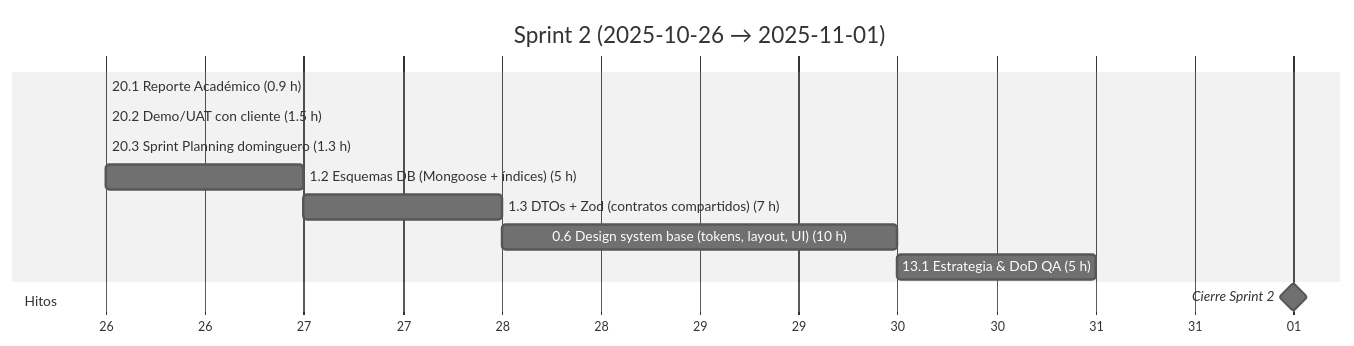
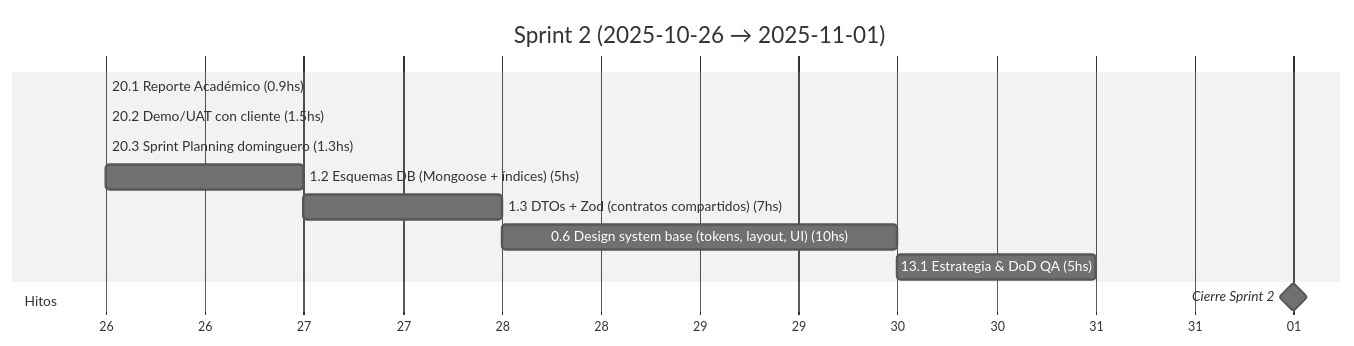
One commit to MarkMed/FleetMan changed the third of 17 diagrams in docs/SprintsGantts.md. Above: the diagram before and after it, drawn with Mermaid (neutral theme). The commit also changed other lines of this file, not shown here.

Commit message:
Update Gantt chart documentation to standardize time format from hours to hours (hs)

````diff
--- a/docs/SprintsGantts.md
+++ b/docs/SprintsGantts.md
@@ -82,19 +81,19 @@
 ```mermaid
 gantt
   title Sprint 2 (2025-10-26 → 2025-11-01)
   dateFormat  YYYY-MM-DD
   axisFormat  %d
 
   %% Asumimos 5 h/día. Horas estimadas incluidas en el nombre.
 
-  20.1 Reporte Académico (0.9 h)               :t201, 2025-10-26, 0.2d
-  20.2 Demo/UAT con cliente (1.5 h)            :t202, after t201, 0.3d
-  20.3 Sprint Planning dominguero (1.3 h)      :t203, after t202, 0.3d
-  1.2 Esquemas DB (Mongoose + índices) (5 h)   :t12, after t203, 1d
-  1.3 DTOs + Zod (contratos compartidos) (7 h) :t13, after t12, 1.4d
-  0.6 Design system base (tokens, layout, UI) (10 h) :t06, after t13, 2d
-  13.1 Estrategia & DoD QA (5 h)               :t131, after t06, 1d
+  20.1 Reporte Académico (0.9hs)               :t201, 2025-10-26, 0.2d
+  20.2 Demo/UAT con cliente (1.5hs)            :t202, after t201, 0.3d
+  20.3 Sprint Planning dominguero (1.3hs)      :t203, after t202, 0.3d
+  1.2 Esquemas DB (Mongoose + índices) (5hs)   :t12, after t203, 1d
+  1.3 DTOs + Zod (contratos compartidos) (7hs) :t13, after t12, 1.4d
+  0.6 Design system base (tokens, layout, UI) (10hs) :t06, after t13, 2d
+  13.1 Estrategia & DoD QA (5hs)               :t131, after t06, 1d
 
   section Hitos
   Cierre Sprint 2                              :milestone, s2, 2025-11-01, 0d
 ```
````
